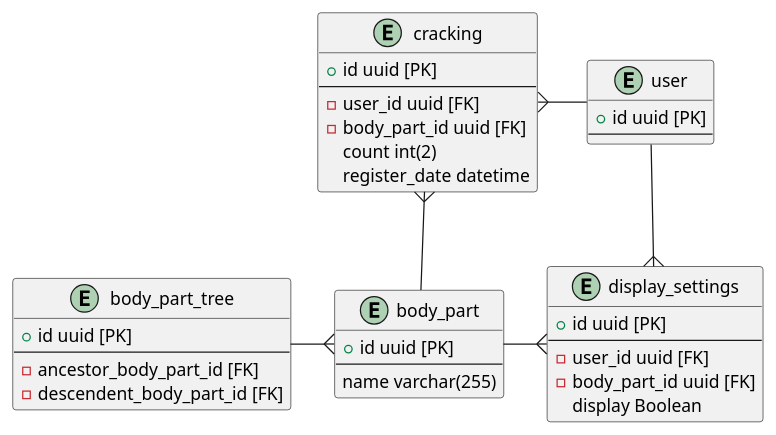
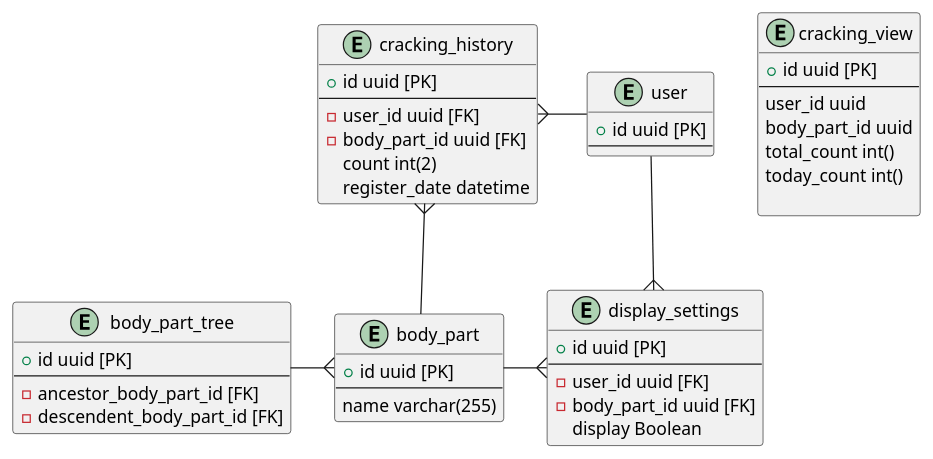
Before and after one commit to k2491p/cracking_counter_doc: the diagram in 07_db/table.wsd, drawn with PlantUML.

Commit message:
update table
crackigをhistoryとviewに分割

```diff
--- a/07_db/table.wsd
+++ b/07_db/table.wsd
@@ -1,44 +1,54 @@
 @startuml hoge
 
 entity user {
     + id uuid [PK]
     --
 }
 
 entity display_settings {
     + id uuid [PK]
     --
     - user_id uuid [FK]
     - body_part_id uuid [FK]
     display Boolean
 }
 
 entity body_part {
     + id uuid [PK]
     --
     name varchar(255)
 }
 
 entity body_part_tree {
     + id uuid [PK]
     --
     - ancestor_body_part_id [FK]
     - descendent_body_part_id [FK]
 }
 
-entity cracking {
+entity cracking_history {
     + id uuid [PK]
     --
     - user_id uuid [FK]
     - body_part_id uuid [FK]
     count int(2)
     register_date datetime
 }
 
+entity cracking_view {
+    + id uuid [PK]
+    --
+    user_id uuid
+    body_part_id uuid
+    total_count int()
+    today_count int()
+     
+}
+
 user --{ display_settings
 body_part -{ display_settings
 body_part_tree -{ body_part
-cracking }- user
-cracking }-- body_part
+cracking_history }- user
+cracking_history }-- body_part
 
 @enduml
```
